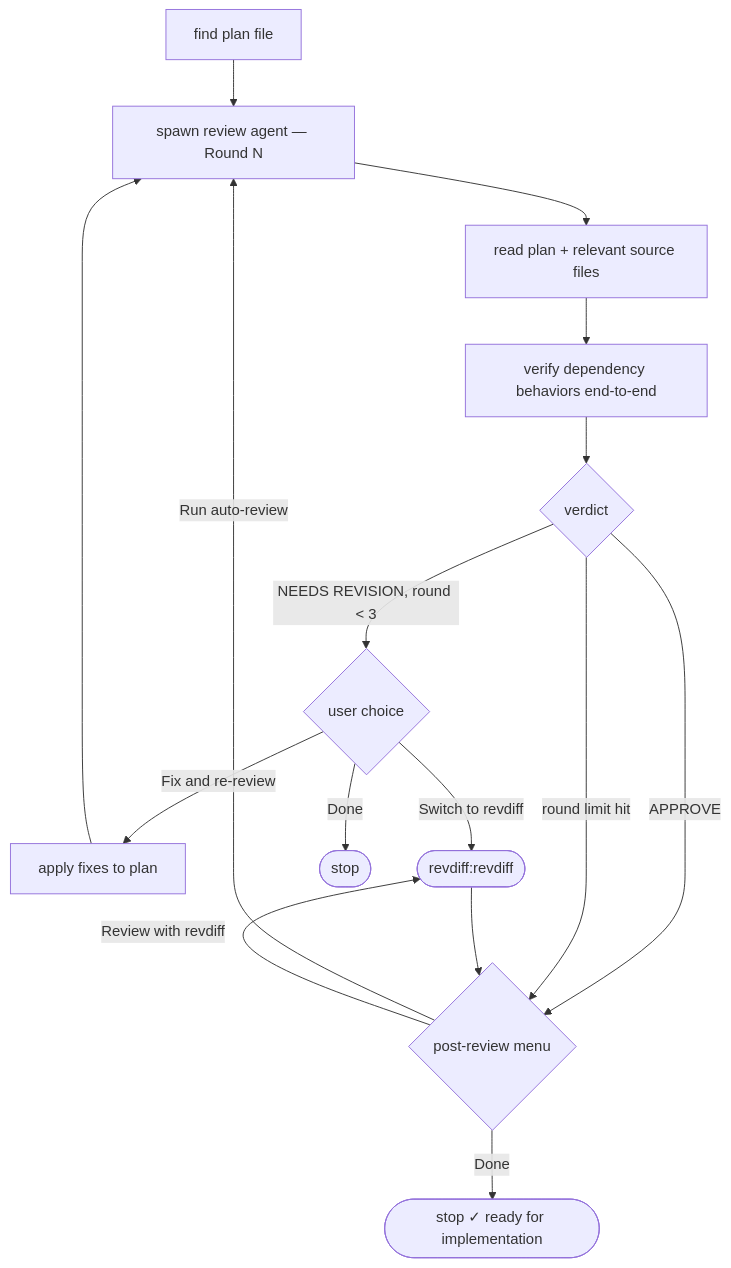
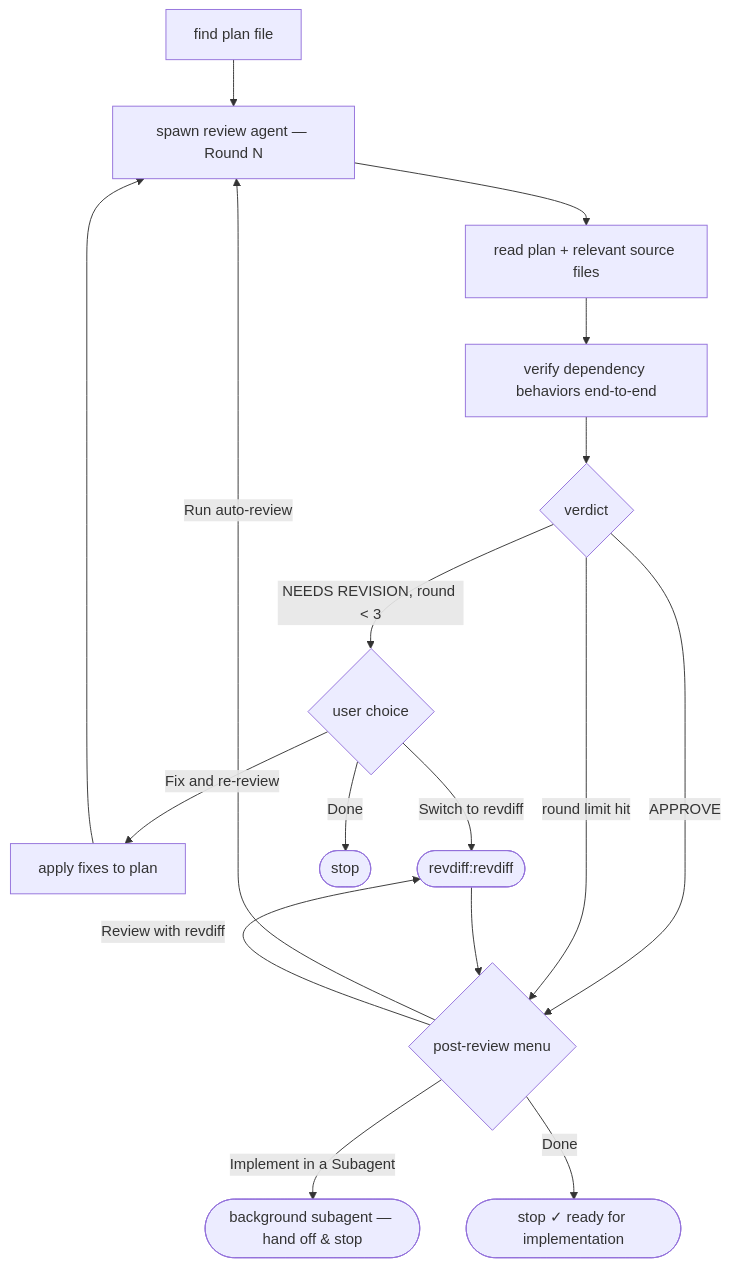
Before and after one commit to parMaster/claude-dlc: the third of 4 diagrams in README.md, drawn with Mermaid. The commit also changed other lines of this file and 3 other files, not shown here.

First line of the commit message:
feat: add "Implement in a Subagent" option to review-plan's post-review menu

````diff
--- a/README.md
+++ b/README.md
@@ -108,18 +108,19 @@
 ```mermaid
 flowchart TD
     A["find plan file"] --> B["spawn review agent — Round N"]
     B --> C["read plan + relevant source files"]
     C --> D["verify dependency behaviors end-to-end"]
     D --> E{"verdict"}
     E -->|"NEEDS REVISION, round < 3"| G{"user choice"}
     G -->|"Fix and re-review"| H["apply fixes to plan"]
     H --> B
     G -->|"Switch to revdiff"| RD(["revdiff:revdiff"])
     G -->|Done| STOP(["stop"])
     E -->|APPROVE| M{"post-review menu"}
     E -->|"round limit hit"| M
     M -->|"Run auto-review"| B
     M -->|"Review with revdiff"| RD
     RD --> M
+    M -->|"Implement in a Subagent"| SUB(["background subagent — hand off & stop"])
     M -->|Done| STOP2(["stop ✓ ready for implementation"])
 ```
````
